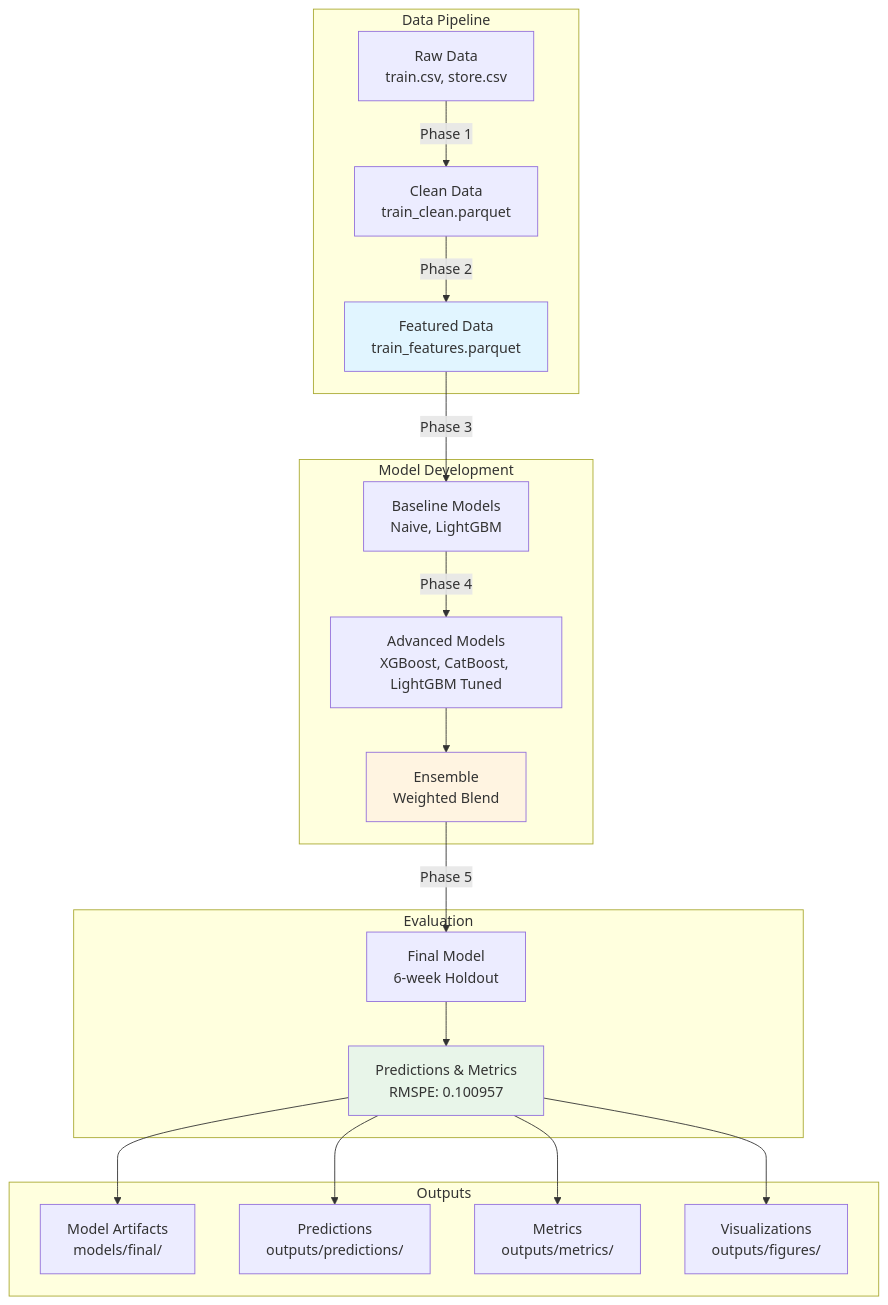
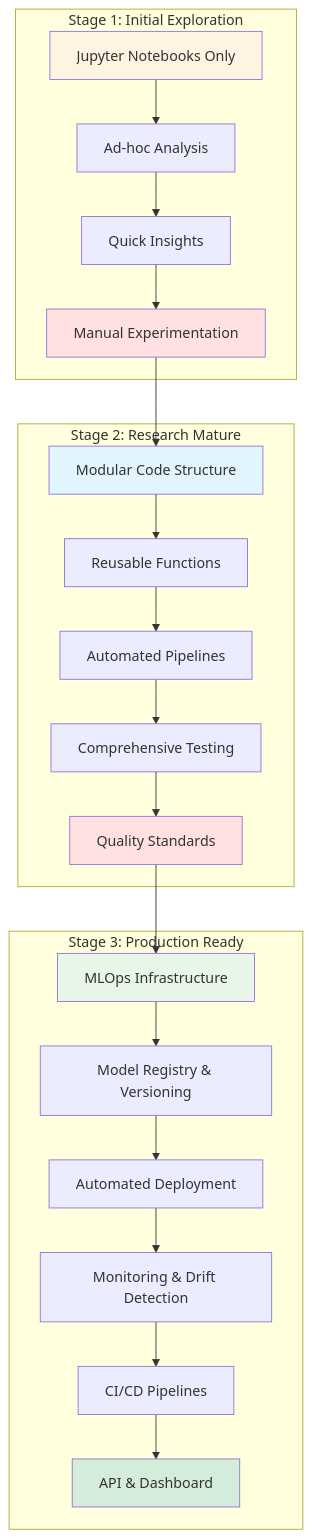
One commit to bradleyboehmke/rossmann-forecasting changed the diagram in README.md. Above: the diagram before and after it, drawn with Mermaid. The commit also changed other lines of this file and 2 other files, not shown here.

````diff
--- a/README.md
+++ b/README.md
@@ -58,29 +17,33 @@
 ```mermaid
 graph TB
-    subgraph "Data Pipeline"
-        A[Raw Data<br/>train.csv, store.csv] -->|Phase 1| B[Clean Data<br/>train_clean.parquet]
-        B -->|Phase 2| C[Featured Data<br/>train_features.parquet]
+    subgraph "Stage 1: Initial Exploration"
+        A1[Jupyter Notebooks Only] --> A2[Ad-hoc Analysis]
+        A2 --> A3[Quick Insights]
+        A3 --> A4[Manual Experimentation]
+        style A1 fill:#fff4e1
     end
 
-    subgraph "Model Development"
-        C -->|Phase 3| D[Baseline Models<br/>Naive, LightGBM]
-        D -->|Phase 4| E[Advanced Models<br/>XGBoost, CatBoost, LightGBM Tuned]
-        E --> F[Ensemble<br/>Weighted Blend]
+    subgraph "Stage 2: Research Mature"
+        B1[Modular Code Structure] --> B2[Reusable Functions]
+        B2 --> B3[Automated Pipelines]
+        B3 --> B4[Comprehensive Testing]
+        B4 --> B5[Quality Standards]
+        style B1 fill:#e1f5ff
     end
 
-    subgraph "Evaluation"
-        F -->|Phase 5| G[Final Model<br/>6-week Holdout]
-        G --> H[Predictions & Metrics<br/>RMSPE: 0.100957]
+    subgraph "Stage 3: Production Ready"
+        C1[MLOps Infrastructure] --> C2[Model Registry & Versioning]
+        C2 --> C3[Automated Deployment]
+        C3 --> C4[Monitoring & Drift Detection]
+        C4 --> C5[CI/CD Pipelines]
+        C5 --> C6[API & Dashboard]
+        style C1 fill:#e8f5e9
     end
 
-    subgraph "Outputs"
-        H --> I[Model Artifacts<br/>models/final/]
-        H --> J[Predictions<br/>outputs/predictions/]
-        H --> K[Metrics<br/>outputs/metrics/]
-        H --> L[Visualizations<br/>outputs/figures/]
-    end
+    A4 --> B1
+    B5 --> C1
 
-    style C fill:#e1f5ff
-    style F fill:#fff4e1
-    style H fill:#e8f5e9
+    style A4 fill:#ffe1e1
+    style B5 fill:#ffe1e1
+    style C6 fill:#d4edda
 ```
````
